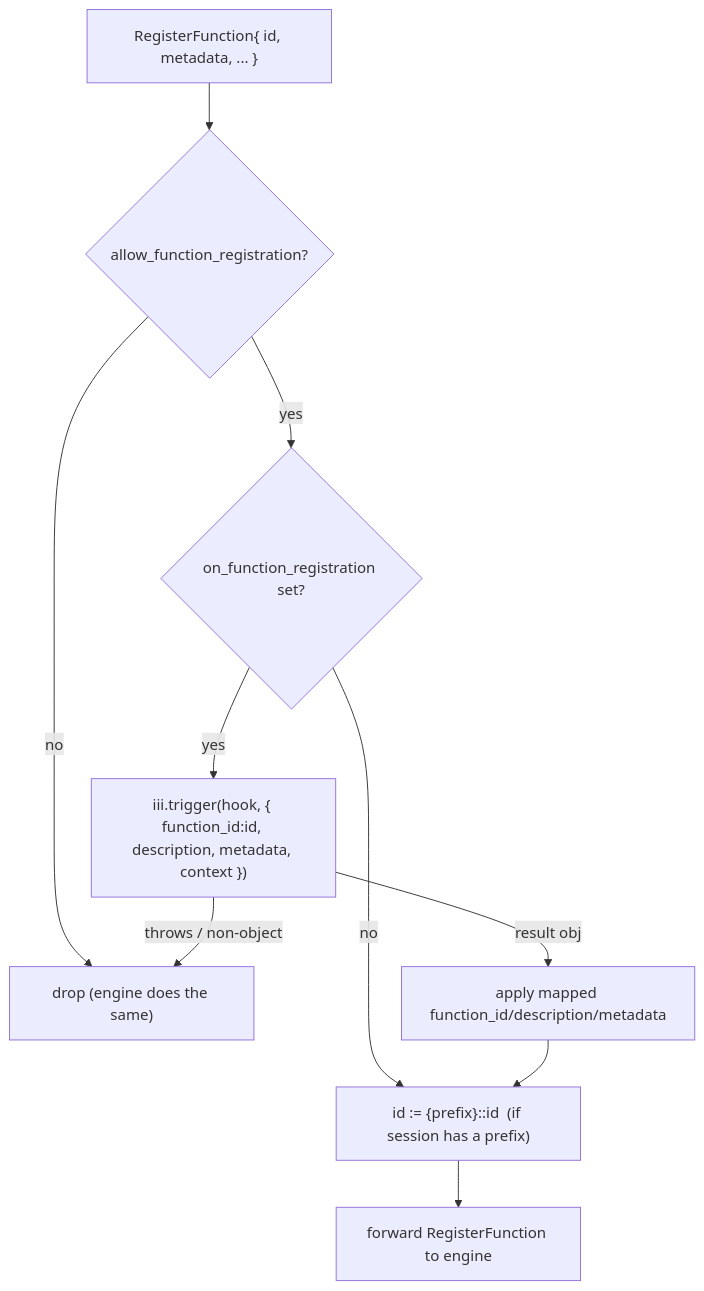
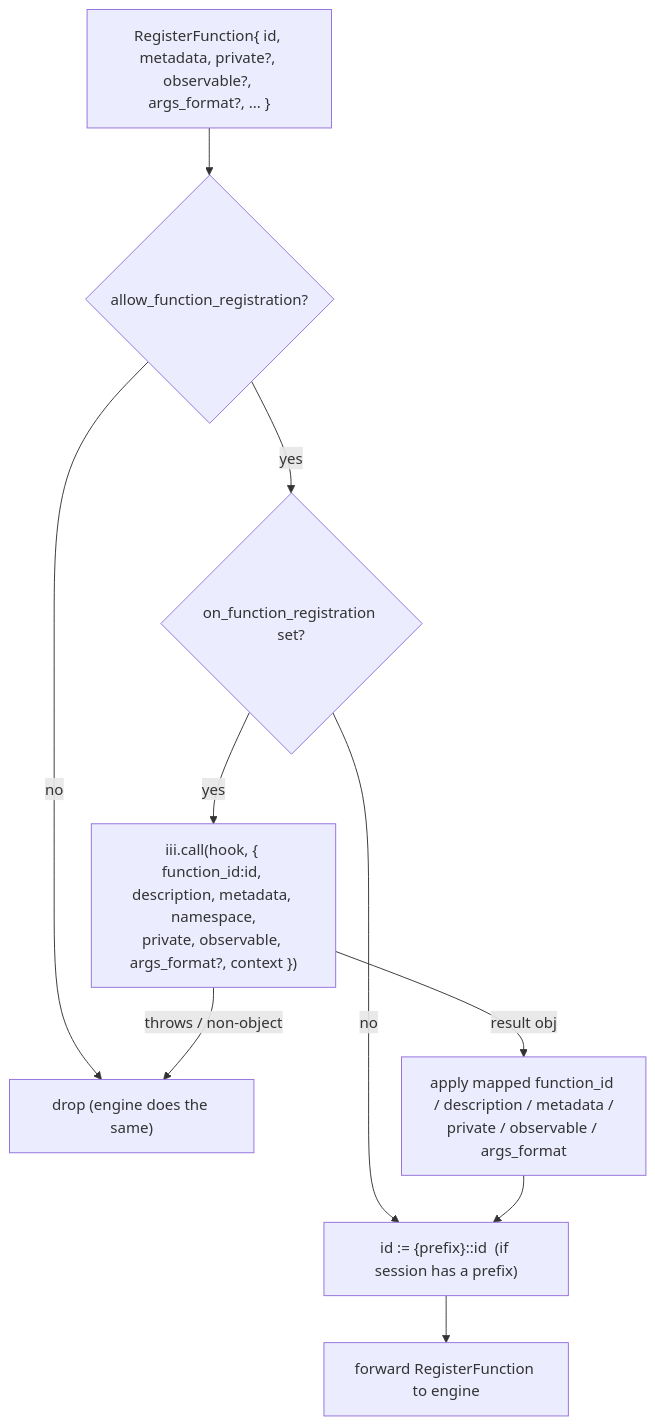
The first of 3 diagrams in tech-specs/2026-06-rbac-proxy-worker/protocol-interception.md (iii-hq/workers), drawn with Mermaid before and after one commit. The commit also changed other lines of this file and 19 other files, not shown here.

````diff
--- a/tech-specs/2026-06-rbac-proxy-worker/protocol-interception.md
+++ b/tech-specs/2026-06-rbac-proxy-worker/protocol-interception.md
@@ -167,12 +208,12 @@
 ```mermaid
 flowchart TD
-  RF["RegisterFunction{ id, metadata, ... }"] --> AFR{allow_function_registration?}
+  RF["RegisterFunction{ id, metadata, private?, observable?, args_format?, ... }"] --> AFR{allow_function_registration?}
   AFR -- no --> DROP["drop (engine does the same)"]
   AFR -- yes --> HOOK{on_function_registration set?}
   HOOK -- no --> PFX
-  HOOK -- yes --> CALL["iii.trigger(hook, { function_id:id, description, metadata, context })"]
+  HOOK -- yes --> CALL["iii.call(hook, { function_id:id, description, metadata, namespace,<br/>private, observable, args_format?, context })"]
   CALL -- throws / non-object --> DROP
-  CALL -- result obj --> MAP["apply mapped function_id/description/metadata"]
+  CALL -- result obj --> MAP["apply mapped function_id / description / metadata /<br/>private / observable / args_format"]
   MAP --> PFX["id := {prefix}::id  (if session has a prefix)"]
   PFX --> FWD["forward RegisterFunction to engine"]
 ```
````
